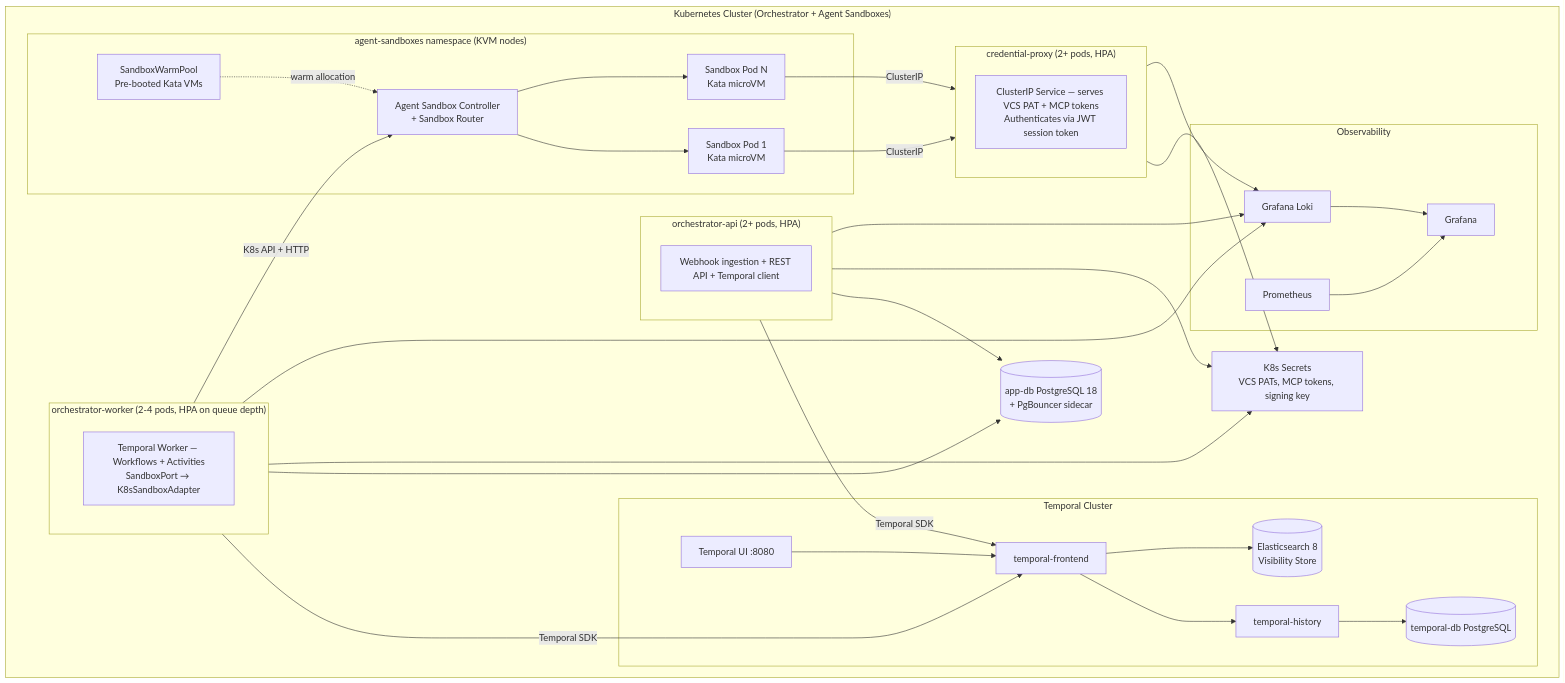
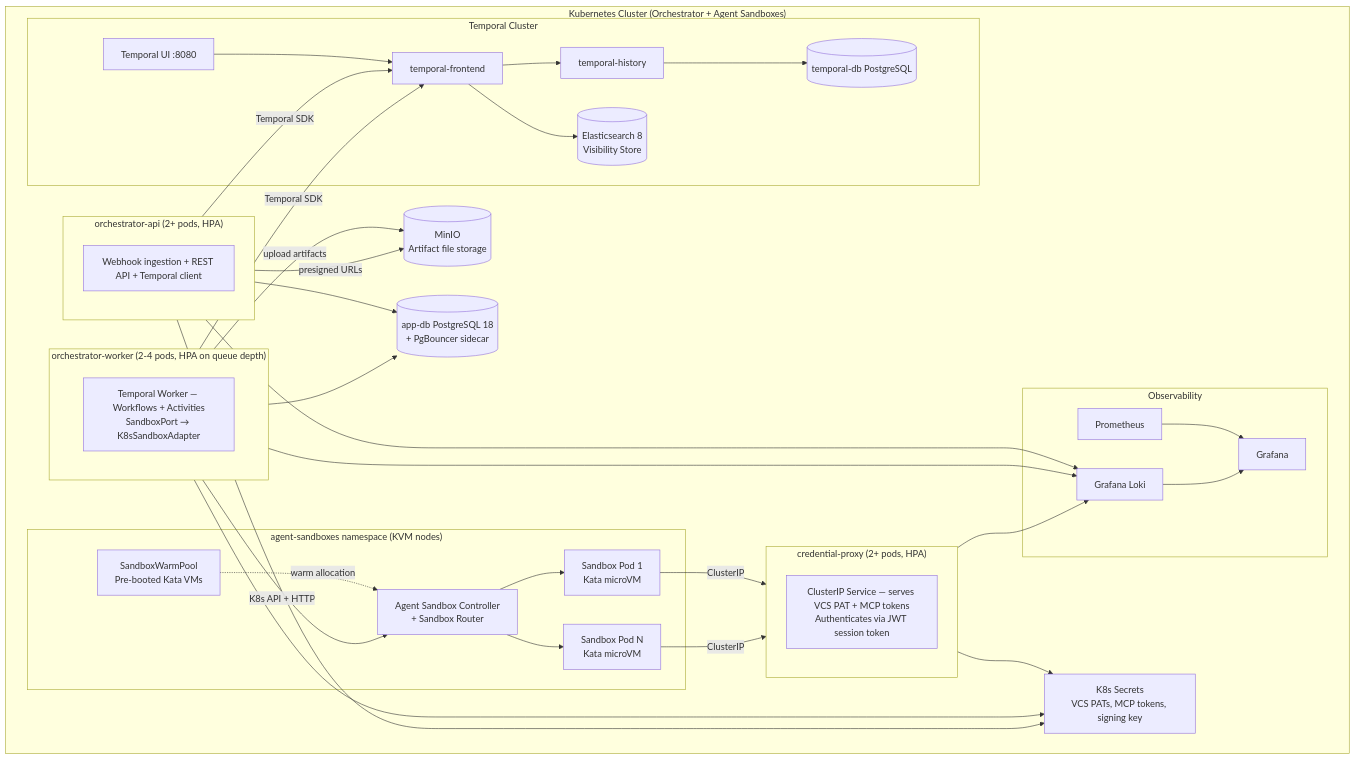
The second of 2 diagrams in docs/specs/deployment.md (nmime/ai-sdlc-orchestrator), drawn with Mermaid before and after one commit. The commit also changed other lines of this file and 9 other files, not shown here.

````diff
--- a/docs/specs/deployment.md
+++ b/docs/specs/deployment.md
@@ -174,62 +263,65 @@
 ```mermaid
 graph TB
     subgraph K8s["Kubernetes Cluster (Orchestrator + Agent Sandboxes)"]
         subgraph API["orchestrator-api (2+ pods, HPA)"]
             A1[Webhook ingestion + REST API + Temporal client]
         end
 
         subgraph Worker["orchestrator-worker (2-4 pods, HPA on queue depth)"]
             W1[Temporal Worker — Workflows + Activities<br>SandboxPort → K8sSandboxAdapter]
         end
 
         subgraph CredProxy["credential-proxy (2+ pods, HPA)"]
             CP1[ClusterIP Service — serves VCS PAT + MCP tokens<br>Authenticates via JWT session token]
         end
 
         subgraph AgentSandboxes["agent-sandboxes namespace (KVM nodes)"]
             CTRL[Agent Sandbox Controller<br>+ Sandbox Router]
             WP[SandboxWarmPool<br>Pre-booted Kata VMs]
             SB1[Sandbox Pod 1<br>Kata microVM]
             SB2[Sandbox Pod N<br>Kata microVM]
         end
 
         subgraph TemporalCluster["Temporal Cluster"]
             TFE[temporal-frontend]
             THI[temporal-history]
             TDB[(temporal-db PostgreSQL)]
             TUI[Temporal UI :8080]
             ES[(Elasticsearch 8<br>Visibility Store)]
         end
 
         subgraph Observability["Observability"]
             LOKI[Grafana Loki]
             PROM[Prometheus]
             GRAF[Grafana]
         end
 
         PG[(app-db PostgreSQL 18<br>+ PgBouncer sidecar)]
         SEC[K8s Secrets<br>VCS PATs, MCP tokens, signing key]
+        MINIO[(MinIO<br>Artifact file storage)]
     end
 
     API -->|Temporal SDK| TFE
     Worker -->|Temporal SDK| TFE
     Worker -->|K8s API + HTTP| CTRL
+    Worker -->|upload artifacts| MINIO
     CTRL --> SB1
     CTRL --> SB2
     WP -.->|warm allocation| CTRL
     SB1 -->|ClusterIP| CredProxy
     SB2 -->|ClusterIP| CredProxy
     CredProxy --> SEC
     TFE --> THI --> TDB
     TFE --> ES
     TUI --> TFE
     API --> PG
+    API -->|presigned URLs| MINIO
     Worker --> PG
     Worker --> SEC
     API --> SEC
     API --> LOKI
     Worker --> LOKI
     CredProxy --> LOKI
     PROM --> GRAF
     LOKI --> GRAF
 ```
````
